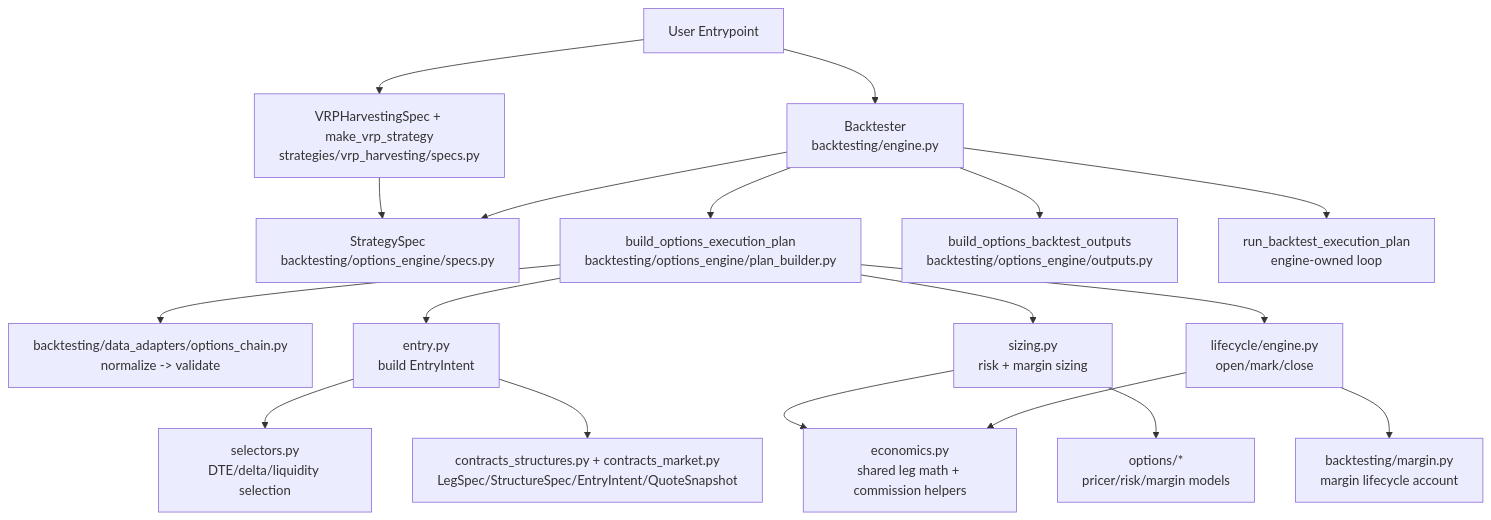
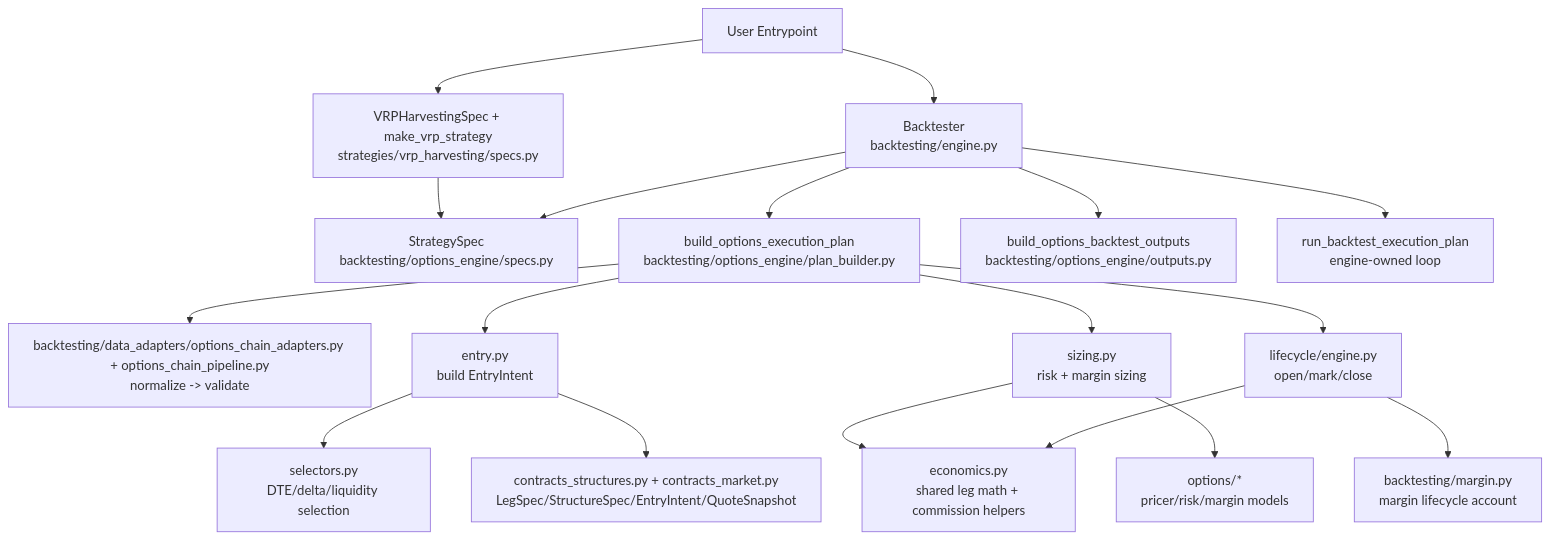
Before and after one commit to anthonymakarewicz/volatility-trading: the first of 3 diagrams in docs/reference/options_backtesting_architecture_overview.md, drawn with Mermaid. The commit also changed 6 other files, not shown here.

Commit message:
refactor(data-adapters): split options-chain adapters and validation pipeline

````diff
--- a/docs/reference/options_backtesting_architecture_overview.md
+++ b/docs/reference/options_backtesting_architecture_overview.md
@@ -27,21 +27,21 @@
 ```mermaid
 flowchart TD
     A[User Entrypoint] --> B[Backtester<br/>backtesting/engine.py]
     A --> C[VRPHarvestingSpec + make_vrp_strategy<br/>strategies/vrp_harvesting/specs.py]
     C --> D[StrategySpec<br/>backtesting/options_engine/specs.py]
     B --> D
     B --> E[build_options_execution_plan<br/>backtesting/options_engine/plan_builder.py]
     B --> O[build_options_backtest_outputs<br/>backtesting/options_engine/outputs.py]
-    E --> A1[backtesting/data_adapters/options_chain.py<br/>normalize -> validate]
+    E --> A1[backtesting/data_adapters/options_chain_adapters.py + options_chain_pipeline.py<br/>normalize -> validate]
     E --> F[entry.py<br/>build EntryIntent]
     E --> G[sizing.py<br/>risk + margin sizing]
     E --> H[lifecycle/engine.py<br/>open/mark/close]
     B --> I[run_backtest_execution_plan<br/>engine-owned loop]
 
     F --> J[selectors.py<br/>DTE/delta/liquidity selection]
     F --> K[contracts_structures.py + contracts_market.py<br/>LegSpec/StructureSpec/EntryIntent/QuoteSnapshot]
     G --> N[economics.py<br/>shared leg math + commission helpers]
     H --> N
     G --> L[options/*<br/>pricer/risk/margin models]
     H --> M[backtesting/margin.py<br/>margin lifecycle account]
 ```
````
